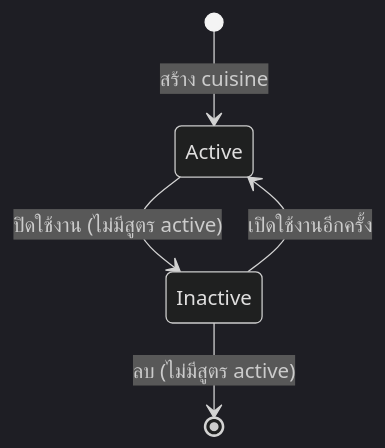
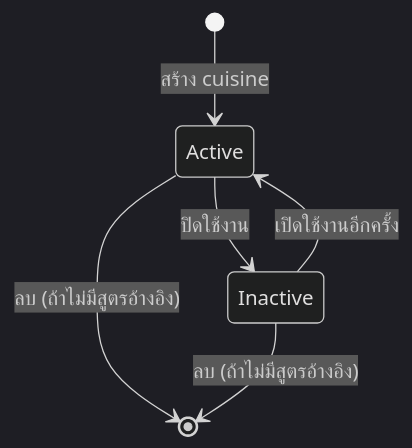
Before and after one commit to CarmenSoftware-organization/carmen-wiki: the diagram in th/inventory/recipe/cuisine.md, drawn with Mermaid (dark theme). The commit also changed other lines of this file and 20 other files, not shown here.

Commit message:
fix(product,master-data,recipe): correct 13 diagrams against code, drop disabled-export diagram (review round 1)

````diff
--- a/th/inventory/recipe/cuisine.md
+++ b/th/inventory/recipe/cuisine.md
@@ -40,7 +40,8 @@
 ```mermaid
 stateDiagram-v2
     [*] --> Active: สร้าง cuisine
-    Active --> Inactive: ปิดใช้งาน (ไม่มีสูตร active)
+    Active --> Inactive: ปิดใช้งาน
     Inactive --> Active: เปิดใช้งานอีกครั้ง
-    Inactive --> [*]: ลบ (ไม่มีสูตร active)
+    Active --> [*]: ลบ (ถ้าไม่มีสูตรอ้างอิง)
+    Inactive --> [*]: ลบ (ถ้าไม่มีสูตรอ้างอิง)
 ```
````
